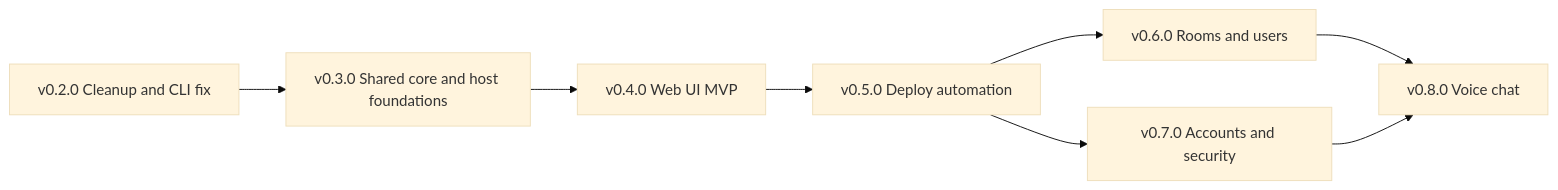
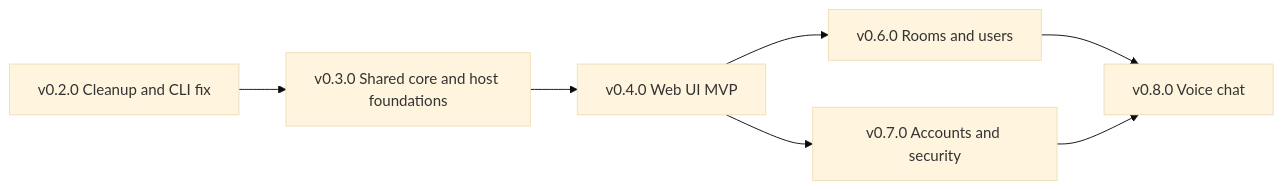
The diagram in docs/ROADMAP.md (ahyibrahim/hermes-be), drawn with Mermaid (base theme) before and after one commit. The commit also changed other lines of this file and 3 other files, not shown here.

First line of the commit message:
Defer deploy automation until hermes-be is private.

````diff
--- a/docs/ROADMAP.md
+++ b/docs/ROADMAP.md
@@ -105,10 +98,9 @@
 ```mermaid
 graph LR
   v02[v0.2.0 Cleanup and CLI fix] --> v03[v0.3.0 Shared core and host foundations]
   v03 --> v04[v0.4.0 Web UI MVP]
-  v04 --> v05[v0.5.0 Deploy automation]
-  v05 --> v06[v0.6.0 Rooms and users]
-  v05 --> v07[v0.7.0 Accounts and security]
+  v04 --> v06[v0.6.0 Rooms and users]
+  v04 --> v07[v0.7.0 Accounts and security]
   v06 --> v08[v0.8.0 Voice chat]
   v07 --> v08
 ```
````
